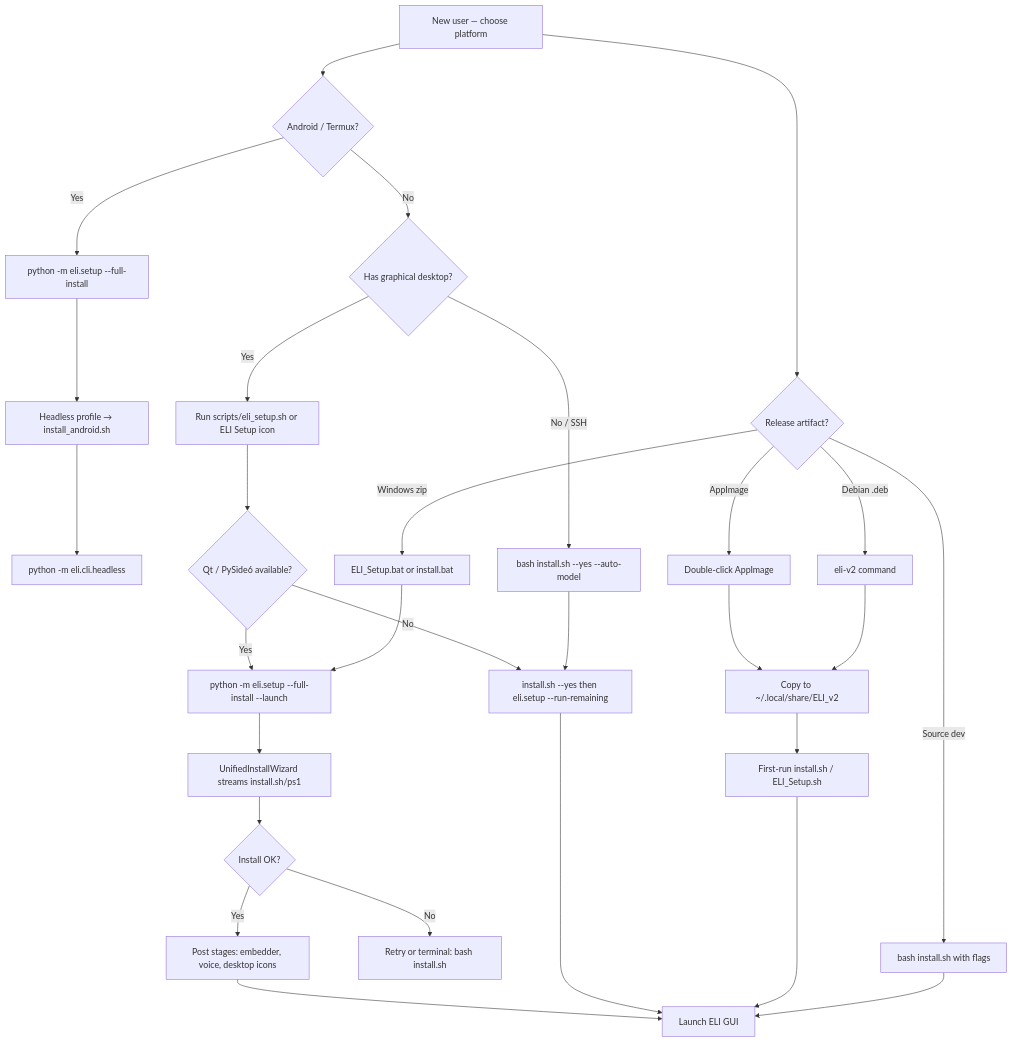
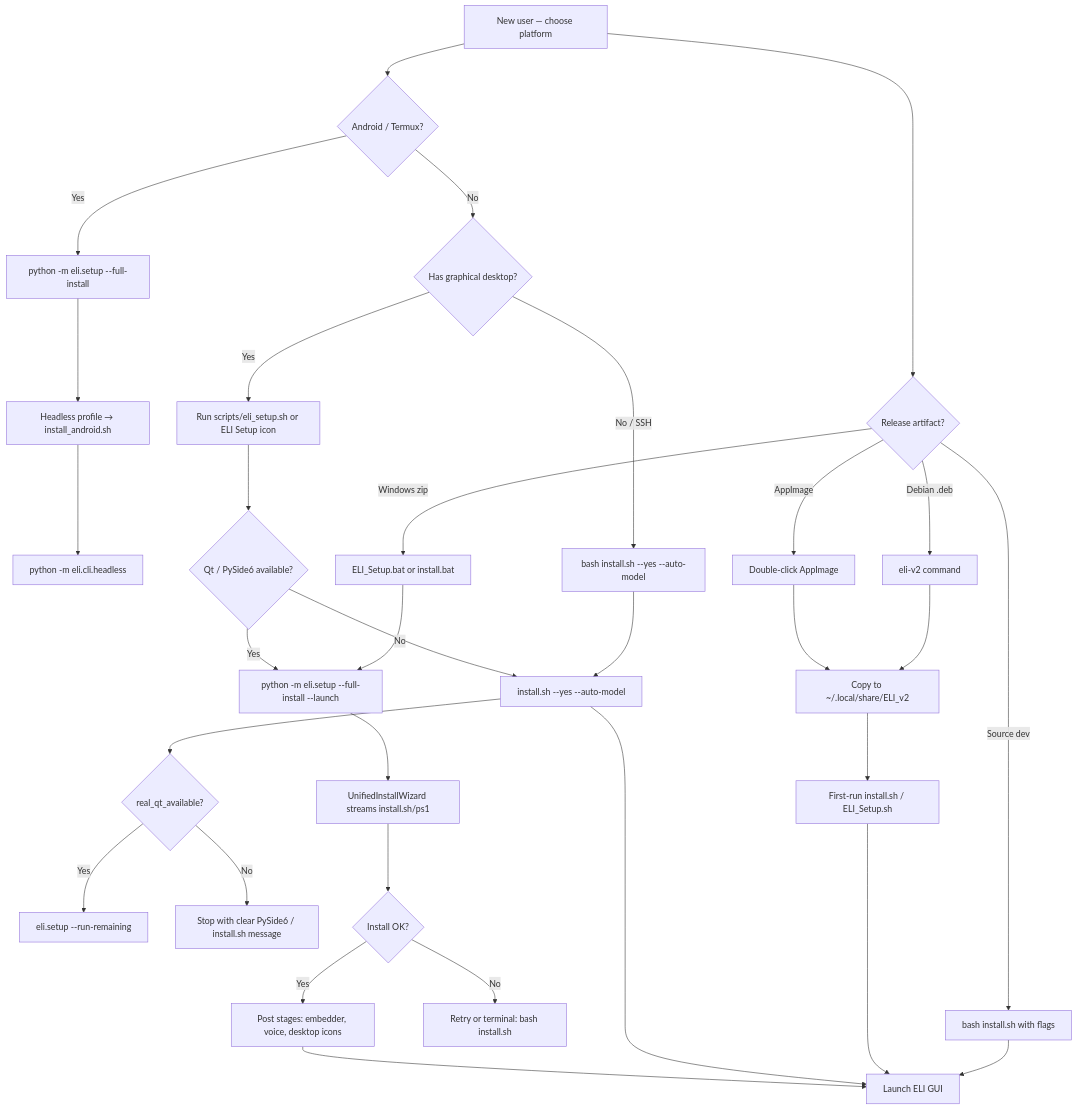
One commit to ShadowESC95/ELI_v2.0 changed the diagram in first time Installation/ELI_SCRIPT_REFERENCE.md. Above: the diagram before and after it, drawn with Mermaid. The commit also changed other lines of this file and 45 other files, not shown here.

````diff
--- a/first time Installation/ELI_SCRIPT_REFERENCE.md
+++ b/first time Installation/ELI_SCRIPT_REFERENCE.md
@@ -106,32 +119,35 @@
 ```mermaid
 flowchart TD
     A[New user — choose platform] --> A1{Android / Termux?}
     A1 -->|Yes| A2[python -m eli.setup --full-install]
     A2 --> A3[Headless profile → install_android.sh]
     A3 --> A4[python -m eli.cli.headless]
     A1 -->|No| B{Has graphical desktop?}
     B -->|Yes| C[Run scripts/eli_setup.sh or ELI Setup icon]
     B -->|No / SSH| D[bash install.sh --yes --auto-model]
     C --> E{Qt / PySide6 available?}
     E -->|Yes| F[python -m eli.setup --full-install --launch]
-    E -->|No| G[install.sh --yes then eli.setup --run-remaining]
+    E -->|No| G[install.sh --yes --auto-model]
+    G --> G1{real_qt_available?}
+    G1 -->|Yes| G2[eli.setup --run-remaining]
+    G1 -->|No| G3[Stop with clear PySide6 / install.sh message]
     F --> H[UnifiedInstallWizard streams install.sh/ps1]
     H --> I{Install OK?}
     I -->|Yes| J[Post stages: embedder, voice, desktop icons]
     I -->|No| K[Retry or terminal: bash install.sh]
     J --> L[Launch ELI GUI]
     D --> G
     G --> L
 
     A --> M{Release artifact?}
     M -->|AppImage| N[Double-click AppImage]
     N --> O[Copy to ~/.local/share/ELI_v2]
     O --> P[First-run install.sh / ELI_Setup.sh]
     P --> L
     M -->|Windows zip| Q[ELI_Setup.bat or install.bat]
     Q --> F
     M -->|Debian .deb| R[eli-v2 command]
     R --> O
     M -->|Source dev| S[bash install.sh with flags]
     S --> L
 ```
````
